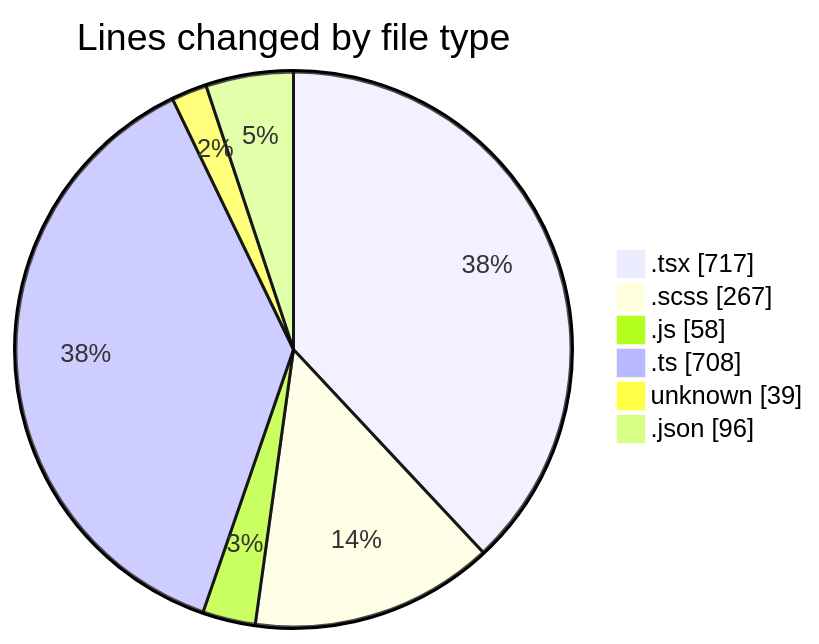
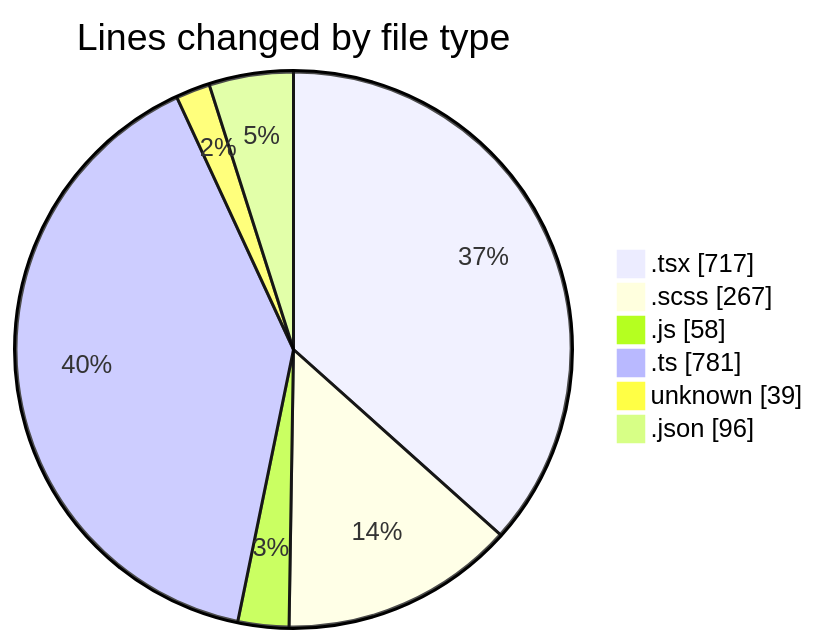
The first of 2 diagrams in 2025-05-02/cda/README.md (momahboobian/code-tracking), drawn with Mermaid before and after one commit. The commit also changed other lines of this file and 1 other file, not shown here.

````diff
--- a/2025-05-02/cda/README.md
+++ b/2025-05-02/cda/README.md
@@ -31,10 +31,10 @@
 ```mermaid
 pie showData
 title Lines changed by file type
 ".tsx" : 717
 ".scss" : 267
 ".js" : 58
-".ts" : 708
+".ts" : 781
 "unknown" : 39
 ".json" : 96
 ```
````
